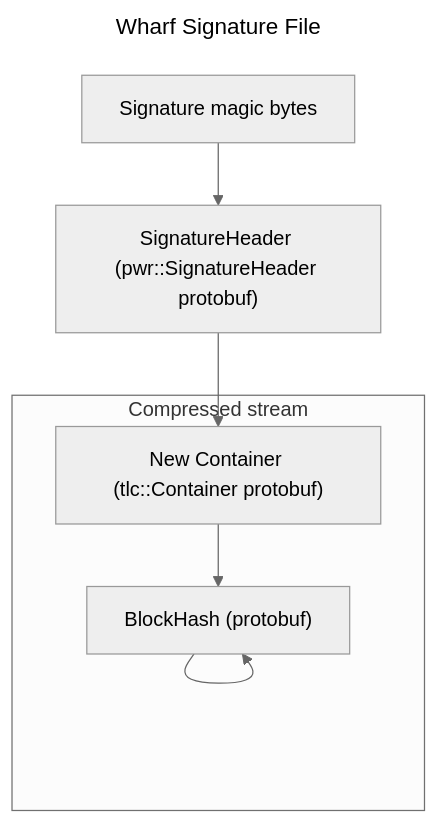
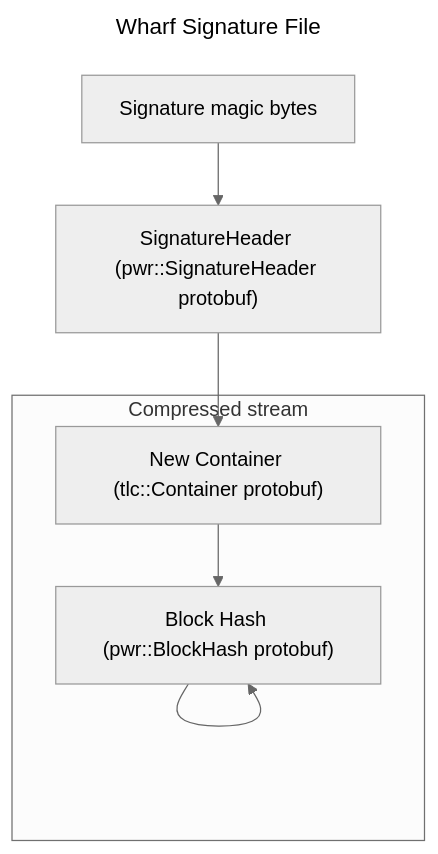
Before and after one commit to Vidi0/scratch-io: the diagram in docs/wharf/file_formats/signature.md, drawn with Mermaid (neutral theme).

````diff
--- a/docs/wharf/file_formats/signature.md
+++ b/docs/wharf/file_formats/signature.md
@@ -1,12 +1,12 @@
 ```mermaid
 ---
 title: Wharf Signature File
 ---
 flowchart TB
     Magic["Signature magic bytes"] --> SignatureHeader["SignatureHeader (pwr::SignatureHeader protobuf)"]
     SignatureHeader --> ContainerNew
     subgraph Compressed["Compressed stream"]
-        ContainerNew["New Container (tlc::Container protobuf)"] --> BlockHash["BlockHash (protobuf)"]
+        ContainerNew["New Container (tlc::Container protobuf)"] --> BlockHash["Block Hash (pwr::BlockHash protobuf)"]
         BlockHash --> BlockHash
     end
 ```
````
